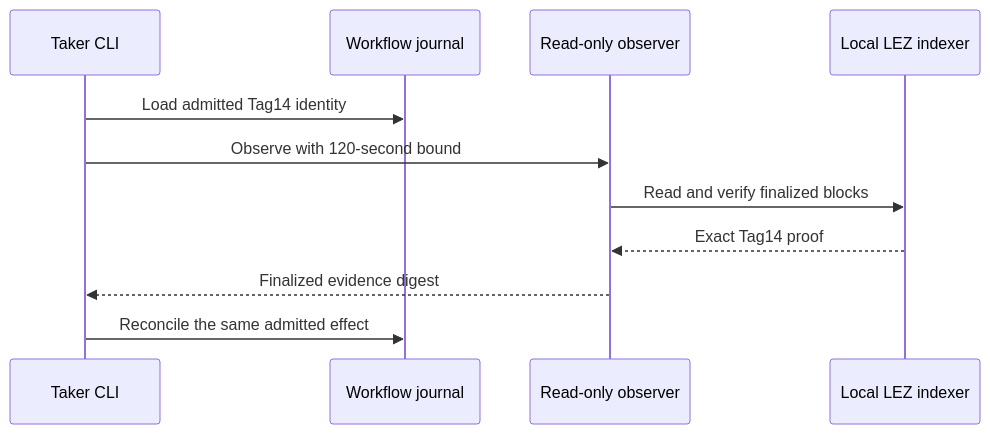
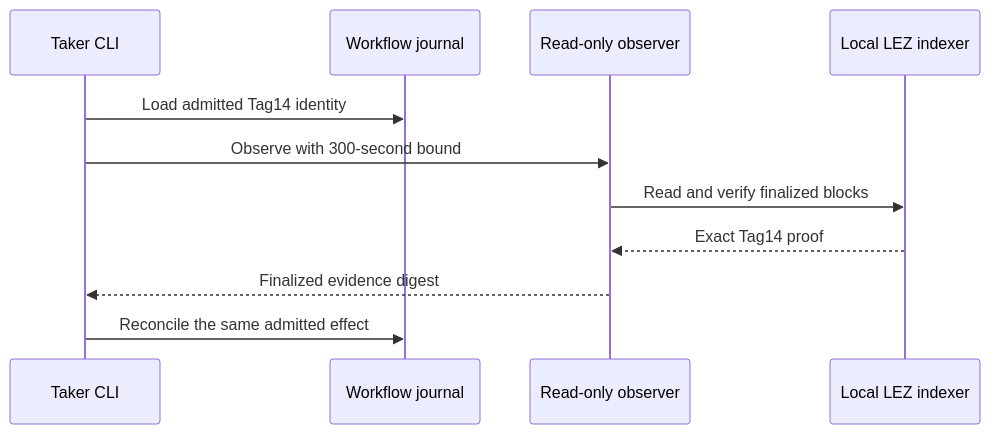
The second of 2 diagrams in docs/architecture/0205-bound-exact-xmr-finality-observation-separately.md (gateway-fm/lez-atomic-swaps), drawn with Mermaid before and after one commit. The commit also changed other lines of this file and 4 other files, not shown here.

````diff
--- a/docs/architecture/0205-bound-exact-xmr-finality-observation-separately.md
+++ b/docs/architecture/0205-bound-exact-xmr-finality-observation-separately.md
@@ -35,13 +38,13 @@
 ```mermaid
 sequenceDiagram
     participant C as Taker CLI
     participant J as Workflow journal
     participant O as Read-only observer
     participant L as Local LEZ indexer
     C->>J: Load admitted Tag14 identity
-    C->>O: Observe with 120-second bound
+    C->>O: Observe with 300-second bound
     O->>L: Read and verify finalized blocks
     L-->>O: Exact Tag14 proof
     O-->>C: Finalized evidence digest
     C->>J: Reconcile the same admitted effect
 ```
````
